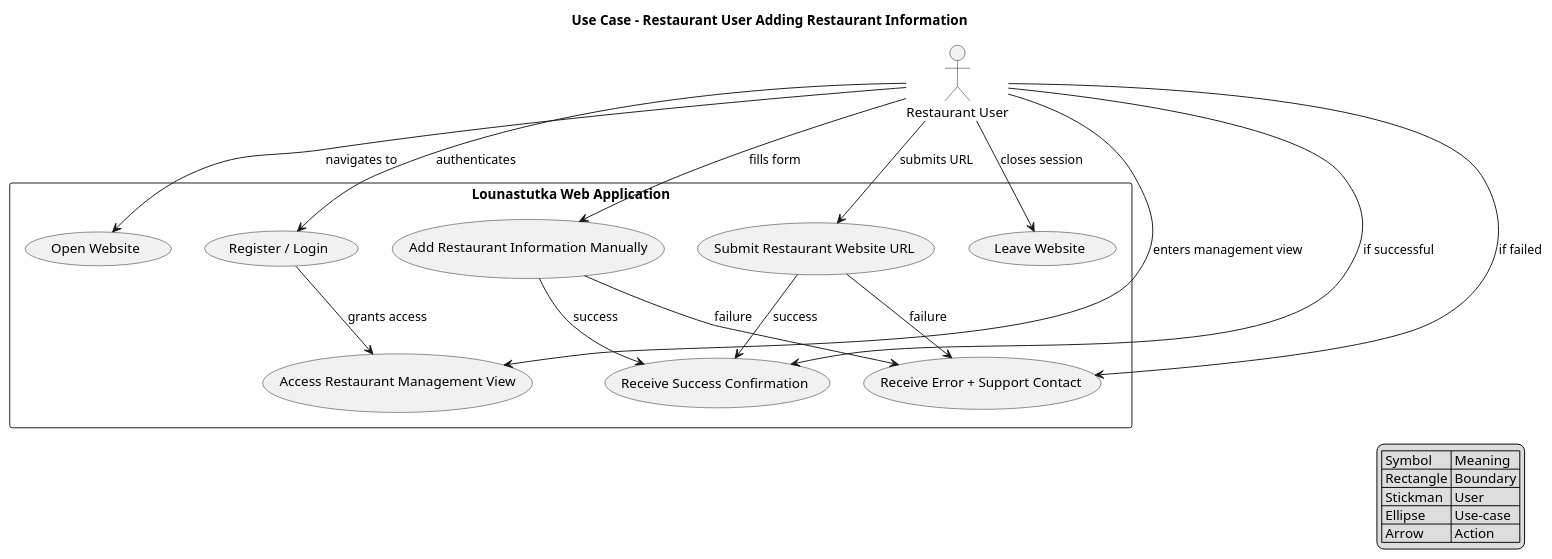
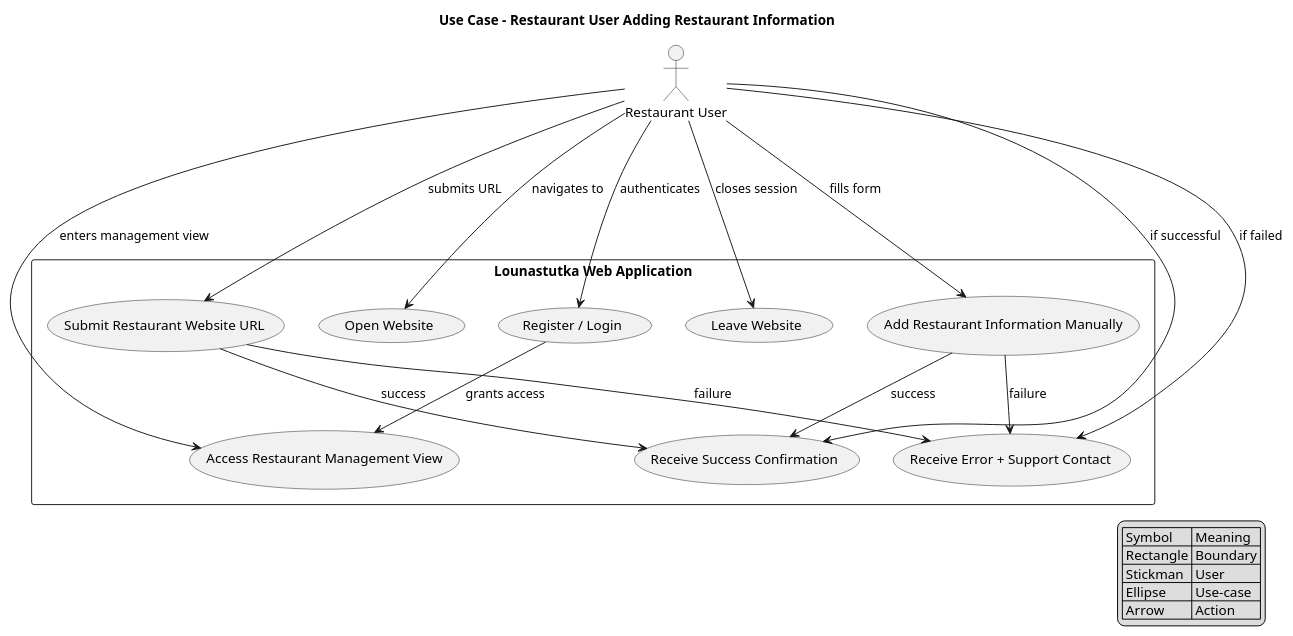
One commit to Jepunen/lounastutka changed the diagram in docs/architecture/diag_src/RestUseCase.puml. Above: the diagram before and after it, drawn with PlantUML. The commit also changed 10 other files, not shown here.

Commit message:
Moved microservice stuff to microservice readme and corrected architecture diagram.

```diff
--- a/docs/architecture/diag_src/RestUseCase.puml
+++ b/docs/architecture/diag_src/RestUseCase.puml
@@ -1,47 +1,49 @@
 @startuml RestaurantUserUseCase
 
 ' Using default plantuml due to C4 model library not supporting use cases.
 ' src: https://plantuml.com/use-case-diagram
 
 title Use Case – Restaurant User Adding Restaurant Information
+
+top to bottom direction
 
 ' The user
 actor "Restaurant User" as RestUser
 
 ' Boundary for the system within actions happen
 rectangle "Lounastutka Web Application" {
   usecase "Open Website" as UC1
   usecase "Register / Login" as UC2
   usecase "Access Restaurant Management View" as UC3
   usecase "Add Restaurant Information Manually" as UC4
   usecase "Submit Restaurant Website URL" as UC5
   usecase "Receive Success Confirmation" as UC6
   usecase "Receive Error + Support Contact" as UC7
   usecase "Leave Website" as UC8
 }
 
 ' Relations 
-RestUser --> UC1 : navigates to
-RestUser --> UC2 : authenticates
-RestUser --> UC3 : enters management view
-RestUser --> UC4 : fills form
-RestUser --> UC5 : submits URL
-RestUser --> UC6 : if successful
-RestUser --> UC7 : if failed
-RestUser --> UC8 : closes session
+RestUser --down-> UC1 : navigates to
+RestUser --down-> UC2 : authenticates
+RestUser --down-> UC3 : enters management view
+RestUser --down-> UC4 : fills form
+RestUser --down-> UC5 : submits URL
+RestUser --down-> UC6 : if successful
+RestUser --down-> UC7 : if failed
+RestUser --down-> UC8 : closes session
 
 UC2 --> UC3 : grants access
 UC4 --> UC6 : success
 UC5 --> UC6 : success
 UC4 --> UC7 : failure
 UC5 --> UC7 : failure
 
 legend right
     | Symbol| Meaning |
     | Rectangle | Boundary |
     | Stickman | User |
     | Ellipse | Use-case |
     | Arrow | Action |
 endlegend
 
 @enduml
```
